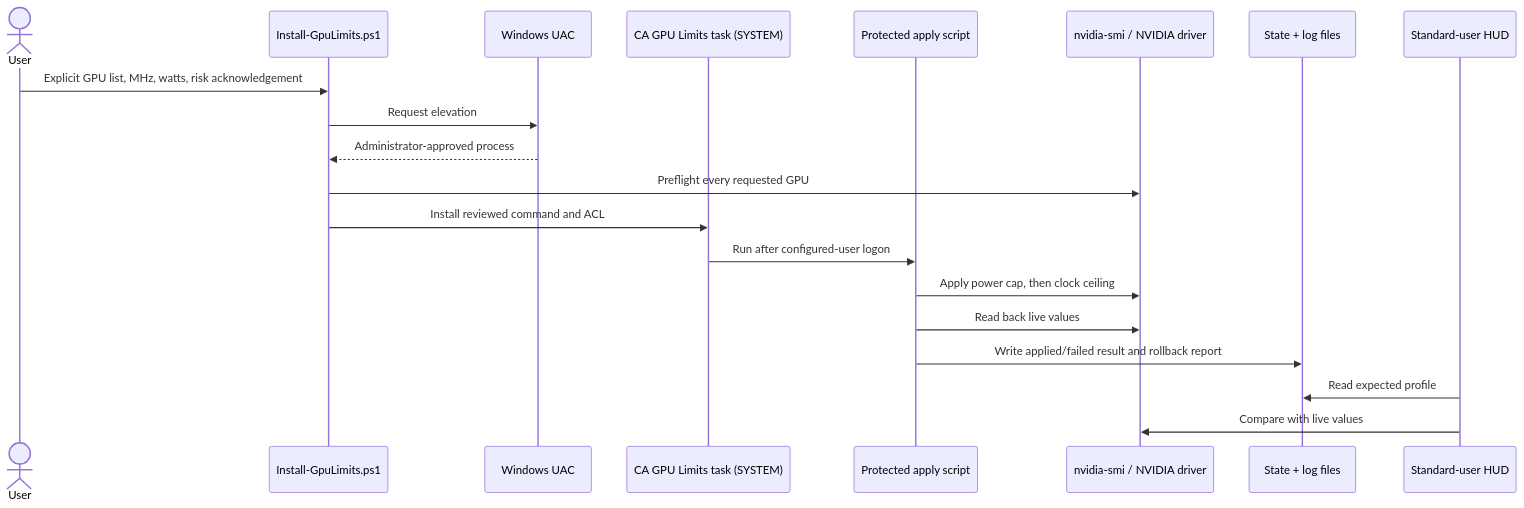
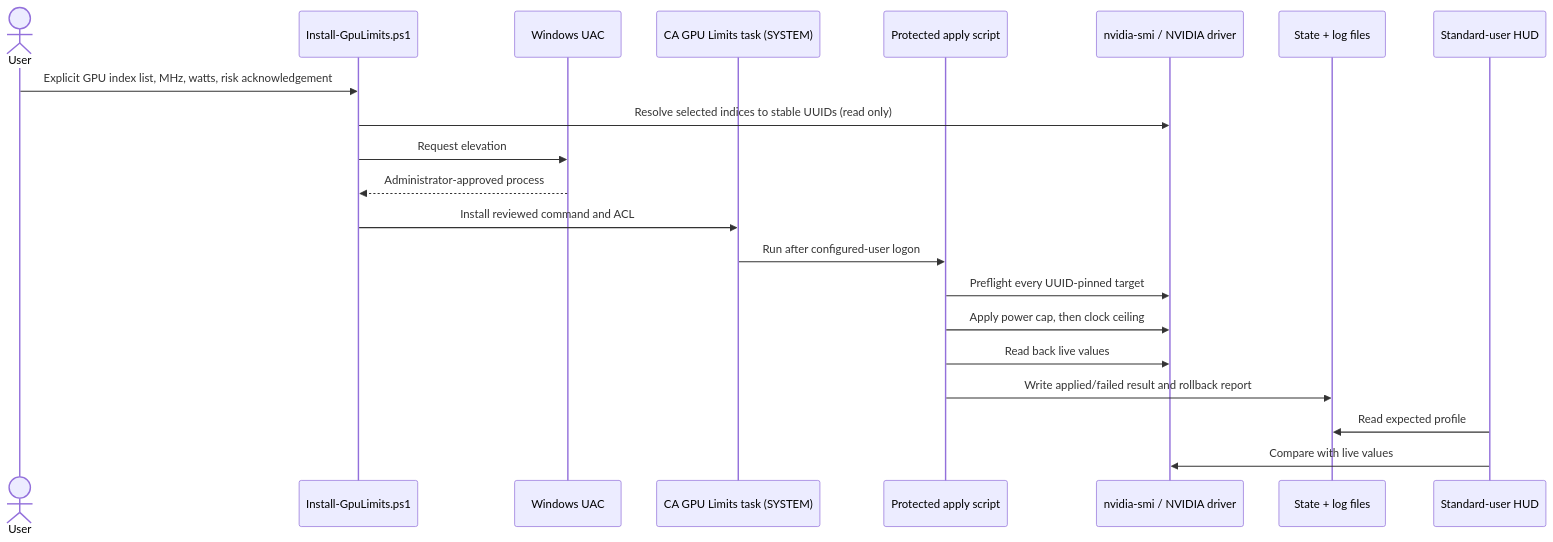
One commit to alirezakeshmirisocial-coder/ca-autoconfig changed the second of 3 diagrams in docs/ARCHITECTURE.md. Above: the diagram before and after it, drawn with Mermaid. The commit also changed other lines of this file and 12 other files, not shown here.

Commit message:
release: pin GPU profiles to stable UUIDs

````diff
--- a/docs/ARCHITECTURE.md
+++ b/docs/ARCHITECTURE.md
@@ -58,23 +58,24 @@
 ```mermaid
 sequenceDiagram
     actor User
     participant Installer as Install-GpuLimits.ps1
     participant UAC as Windows UAC
     participant Task as CA GPU Limits task (SYSTEM)
     participant Helper as Protected apply script
     participant Driver as nvidia-smi / NVIDIA driver
     participant State as State + log files
     participant HUD as Standard-user HUD
 
-    User->>Installer: Explicit GPU list, MHz, watts, risk acknowledgement
+    User->>Installer: Explicit GPU index list, MHz, watts, risk acknowledgement
+    Installer->>Driver: Resolve selected indices to stable UUIDs (read only)
     Installer->>UAC: Request elevation
     UAC-->>Installer: Administrator-approved process
-    Installer->>Driver: Preflight every requested GPU
     Installer->>Task: Install reviewed command and ACL
     Task->>Helper: Run after configured-user logon
+    Helper->>Driver: Preflight every UUID-pinned target
     Helper->>Driver: Apply power cap, then clock ceiling
     Helper->>Driver: Read back live values
     Helper->>State: Write applied/failed result and rollback report
     HUD->>State: Read expected profile
     HUD->>Driver: Compare with live values
 ```
````
